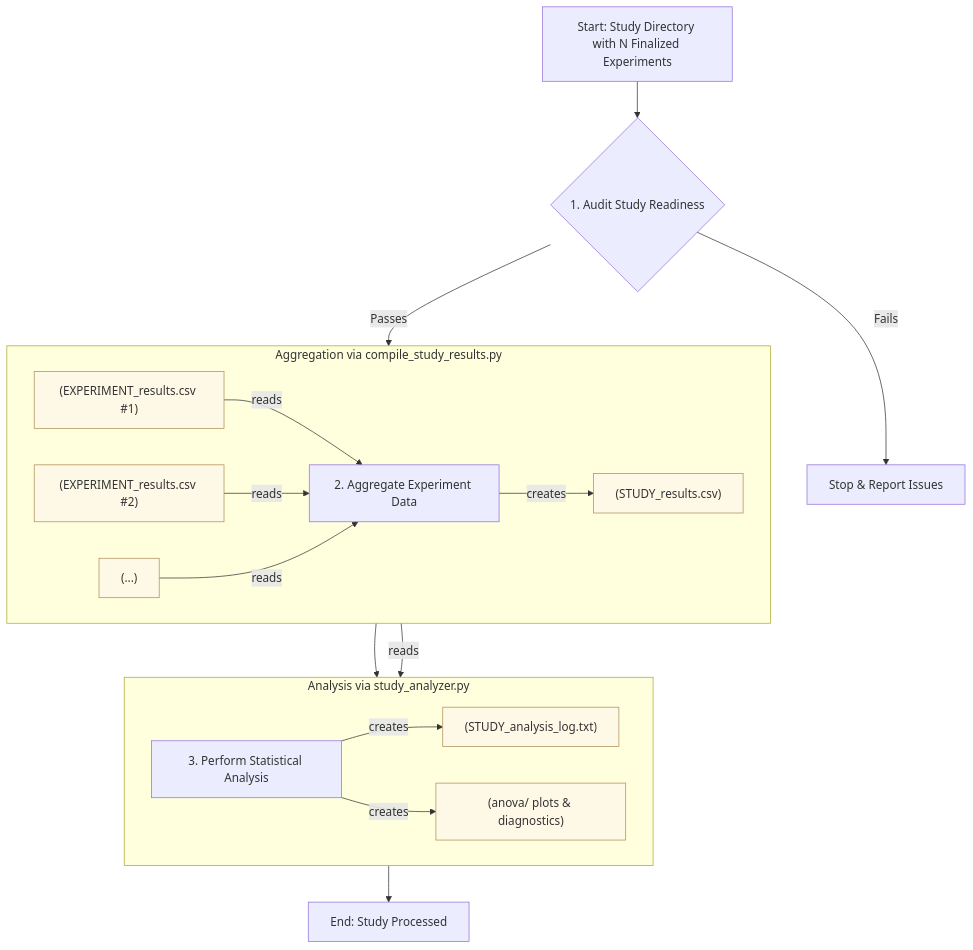
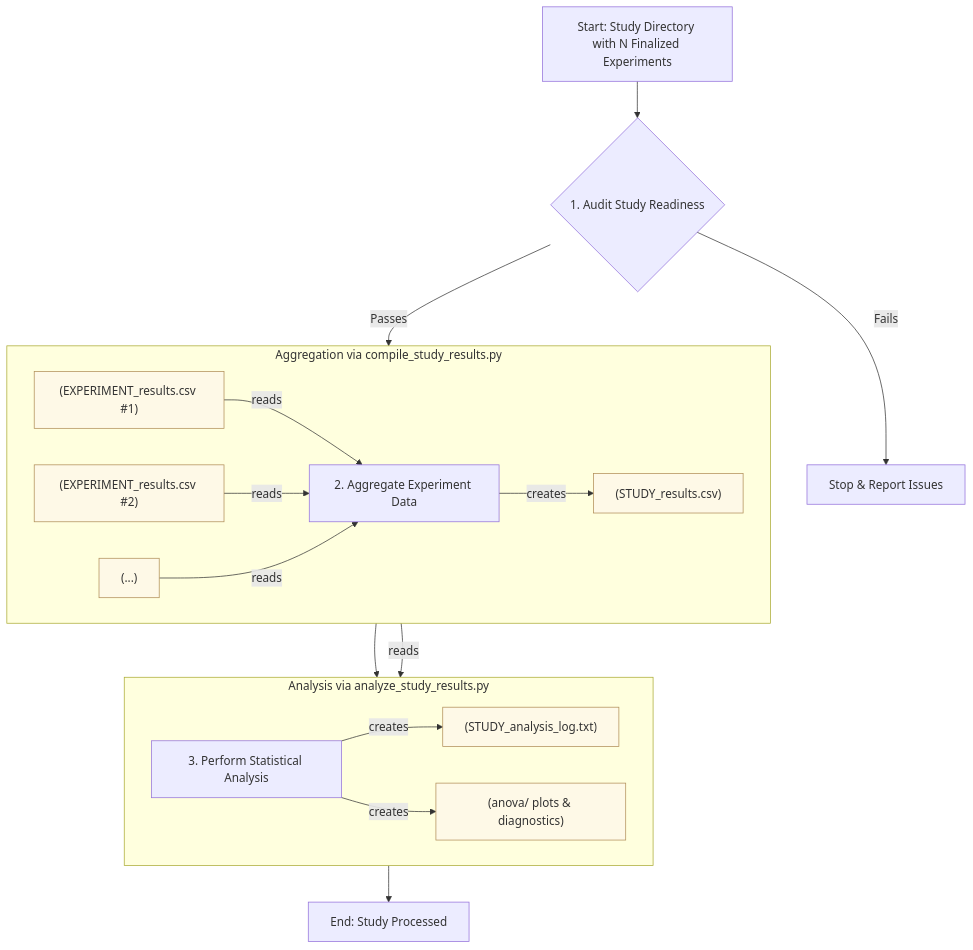
The diagram in docs/diagrams/logic_main_study.mmd (peterjmarko/llm-narrative-framework), drawn with Mermaid before and after one commit. The commit also changed 12 other files, not shown here.

```diff
--- a/docs/diagrams/logic_main_study.mmd
+++ b/docs/diagrams/logic_main_study.mmd
@@ -1,28 +1,28 @@
 graph TD
     A[Start: Study Directory with N Finalized Experiments] --> B{1. Audit Study Readiness};
     B -- "Fails" --> C[Stop & Report Issues];
     B -- "Passes" --> D[2. Aggregate Experiment Data];
     
     subgraph "Aggregation via compile_study_results.py"
         direction LR
         D;
         I1["(EXPERIMENT_results.csv #1)"] -- "reads" --> D;
         I2["(EXPERIMENT_results.csv #2)"] -- "reads" --> D;
         I3["(...)"] -- "reads" --> D;
         D -- "creates" --> O1["(STUDY_results.csv)"];
     end
 
     O1 --> E[3. Perform Statistical Analysis];
 
-    subgraph "Analysis via study_analyzer.py"
+    subgraph "Analysis via analyze_study_results.py"
         direction LR
         E;
         O1 -- "reads" --> E;
         E -- "creates" --> O2["(STUDY_analysis_log.txt)"];
         E -- "creates" --> O3["(anova/ plots & diagnostics)"];
     end
 
     O3 --> F[End: Study Processed];
 
 classDef dataNode fill:#fef9e7,stroke:#b08d57;
 class I1,I2,I3,O1,O2,O3 dataNode;
```
